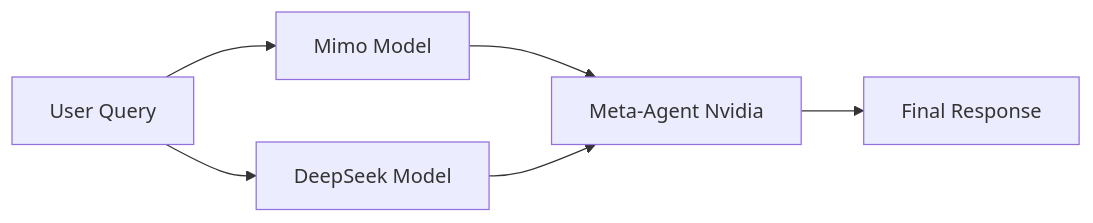
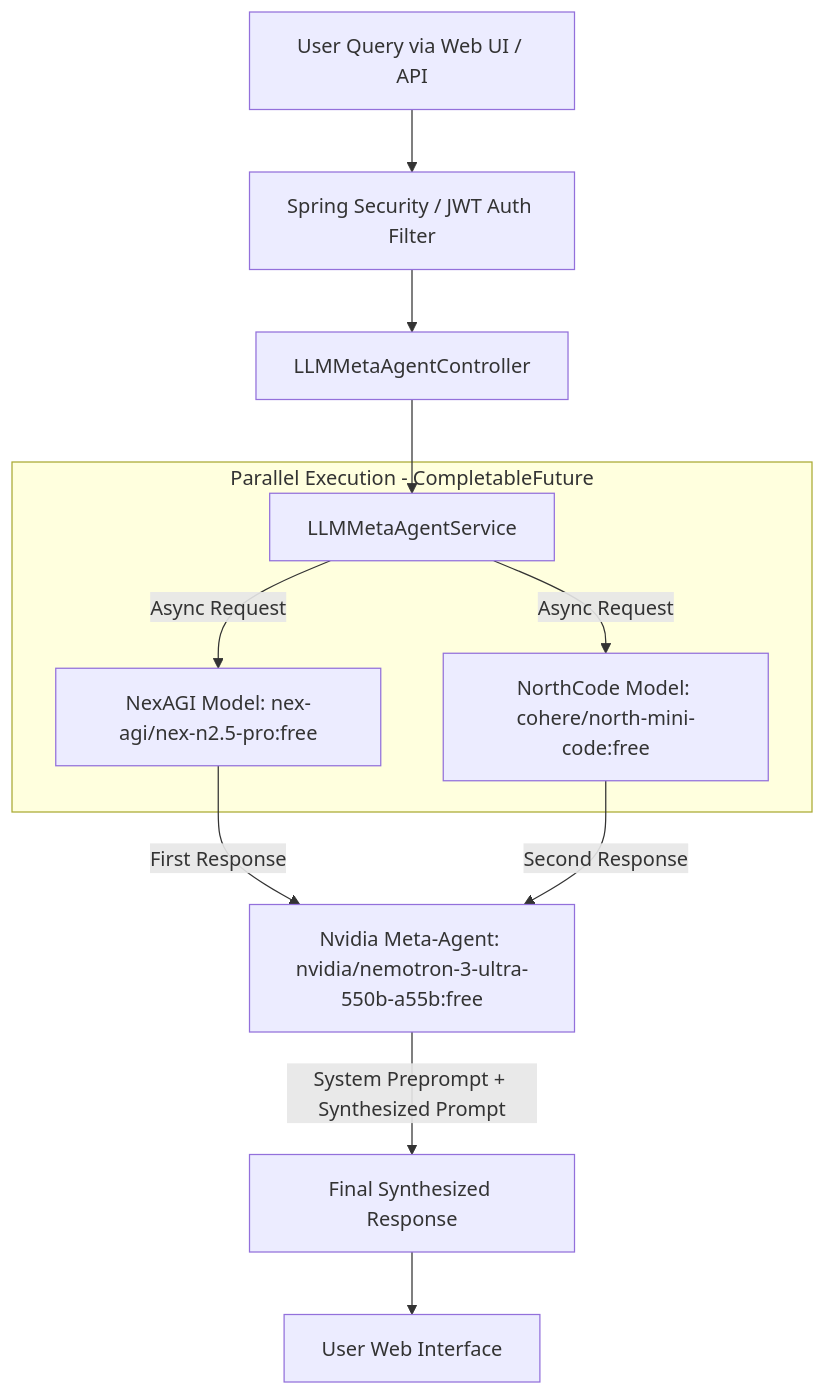
The diagram in README.md (gaurabhkr/LLM_Meta-Agent), drawn with Mermaid before and after one commit. The commit also changed other lines of this file and 12 other files, not shown here.

````diff
--- a/README.md
+++ b/README.md
@@ -32,8 +29,17 @@
 ```mermaid
-graph LR
-    A[User Query] --> B[Mimo Model]
-    A --> C[DeepSeek Model]
-    B --> D[Meta-Agent Nvidia]
-    C --> D
-    D --> E[Final Response]
+graph TD
+    A[User Query via Web UI / API] --> B[Spring Security / JWT Auth Filter]
+    B --> C[LLMMetaAgentController]
+    C --> D[LLMMetaAgentService]
+    
+    subgraph Parallel Execution - CompletableFuture
+        D -->|Async Request| E[NexAGI Model: nex-agi/nex-n2.5-pro:free]
+        D -->|Async Request| F[NorthCode Model: cohere/north-mini-code:free]
+    end
+    
+    E -->|First Response| H[Nvidia Meta-Agent: nvidia/nemotron-3-ultra-550b-a55b:free]
+    F -->|Second Response| H
+    
+    H -->|System Preprompt + Synthesized Prompt| I[Final Synthesized Response]
+    I --> J[User Web Interface]
 ```
````
